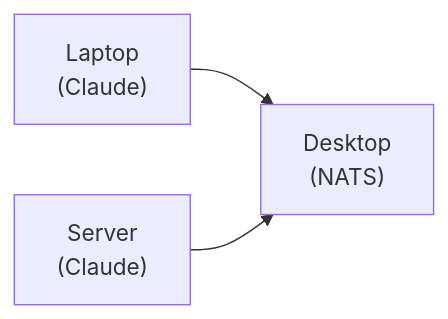
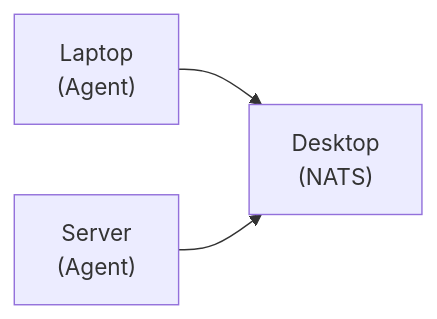
One commit to mdlopresti/loom changed the second of 8 diagrams in README.md. Above: the diagram before and after it, drawn with Mermaid. The commit also changed other lines of this file, not shown here.

First line of the commit message:
docs: Make documentation agent-agnostic

````diff
--- a/README.md
+++ b/README.md
@@ -140,5 +144,5 @@
 ```mermaid
 flowchart LR
-    L["Laptop<br/>(Claude)"] --> N["Desktop<br/>(NATS)"]
-    S["Server<br/>(Claude)"] --> N
+    L["Laptop<br/>(Agent)"] --> N["Desktop<br/>(NATS)"]
+    S["Server<br/>(Agent)"] --> N
 ```
````
